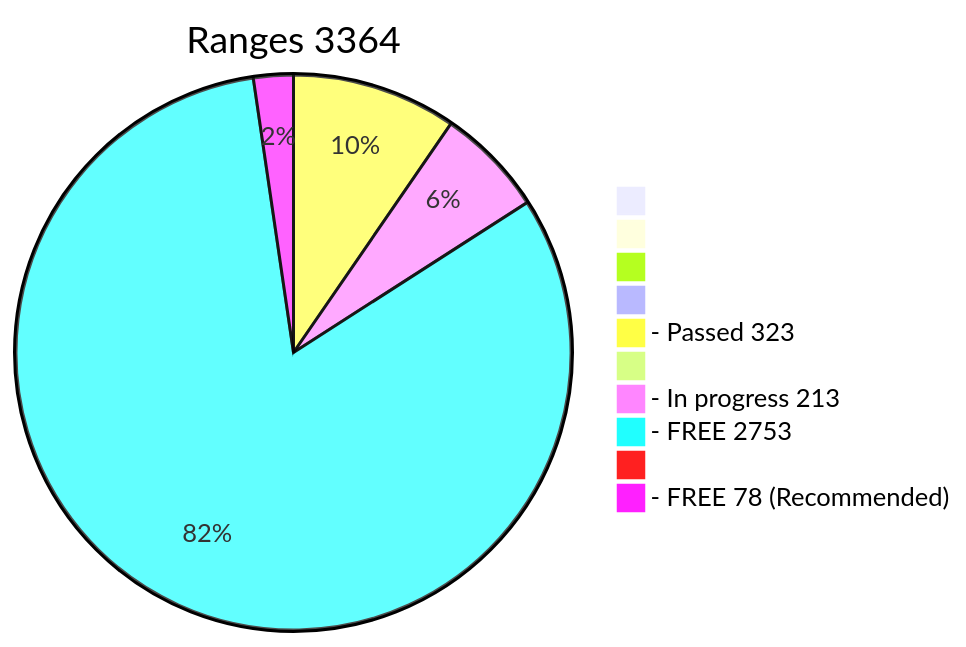
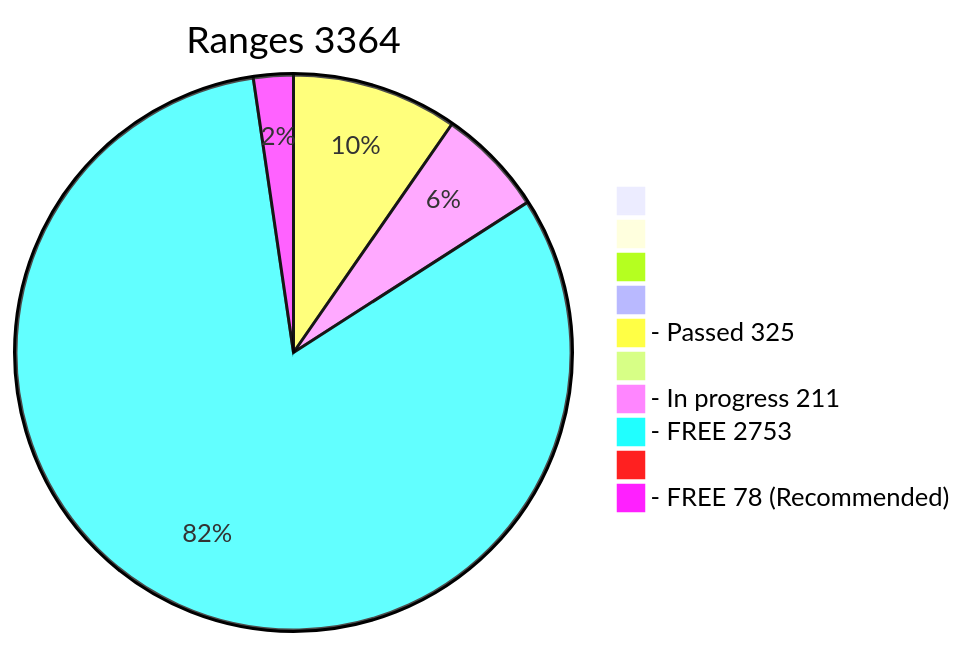
The diagram in x64/Release/table.md (phrutis/wif500), drawn with Mermaid before and after one commit. The commit also changed other lines of this file, not shown here.

````diff
--- a/x64/Release/table.md
+++ b/x64/Release/table.md
@@ -2,13 +2,13 @@
 ```mermaid
 pie title Ranges 3364
   " " : 0
   "  " : 0
   "   " : 0
   "    " : 0
-  "- Passed 323" : 323
+  "- Passed 325" : 325
   "     " : 0
-  "- In progress 213" : 213
+  "- In progress 211" : 211
   "- FREE 2753" : 2753
   "      " : 0
   "- FREE 78 (Recommended)" : 78
 ```
````
